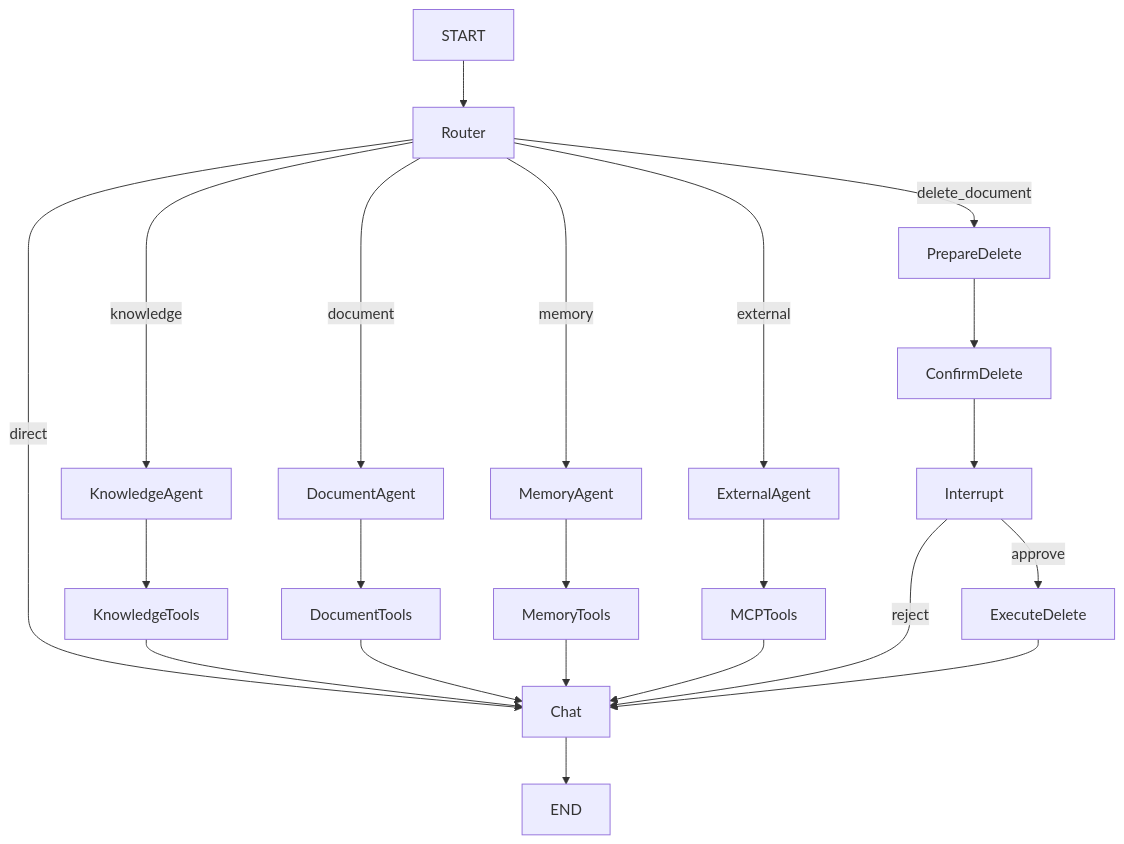
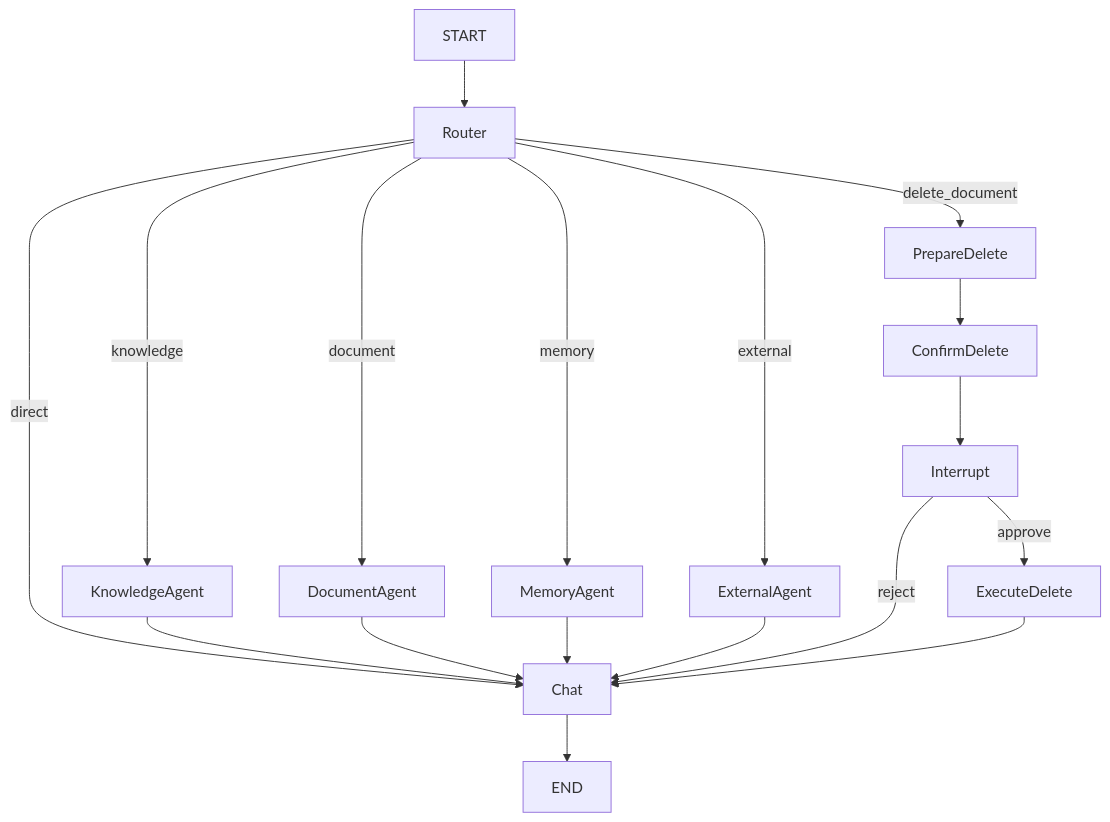
The second of 5 diagrams in README.md (21breeze/NodAgent), drawn with Mermaid before and after one commit. The commit also changed other lines of this file, not shown here.

````diff
--- a/README.md
+++ b/README.md
@@ -197,33 +180,31 @@
 ```mermaid
 flowchart TD
 
     START --> Router
 
     Router -->|direct| Chat
 
     Router -->|knowledge| KnowledgeAgent
-    KnowledgeAgent --> KnowledgeTools
-    KnowledgeTools --> Chat
+    KnowledgeAgent --> Chat
 
     Router -->|document| DocumentAgent
-    DocumentAgent --> DocumentTools
-    DocumentTools --> Chat
+    DocumentAgent --> Chat
 
     Router -->|memory| MemoryAgent
-    MemoryAgent --> MemoryTools
-    MemoryTools --> Chat
+    MemoryAgent --> Chat
 
     Router -->|external| ExternalAgent
-    ExternalAgent --> MCPTools
-    MCPTools --> Chat
+    ExternalAgent --> Chat
 
     Router -->|delete_document| PrepareDelete
+
     PrepareDelete --> ConfirmDelete
     ConfirmDelete --> Interrupt
 
     Interrupt -->|reject| Chat
     Interrupt -->|approve| ExecuteDelete
+
     ExecuteDelete --> Chat
 
     Chat --> END
 ```
````
